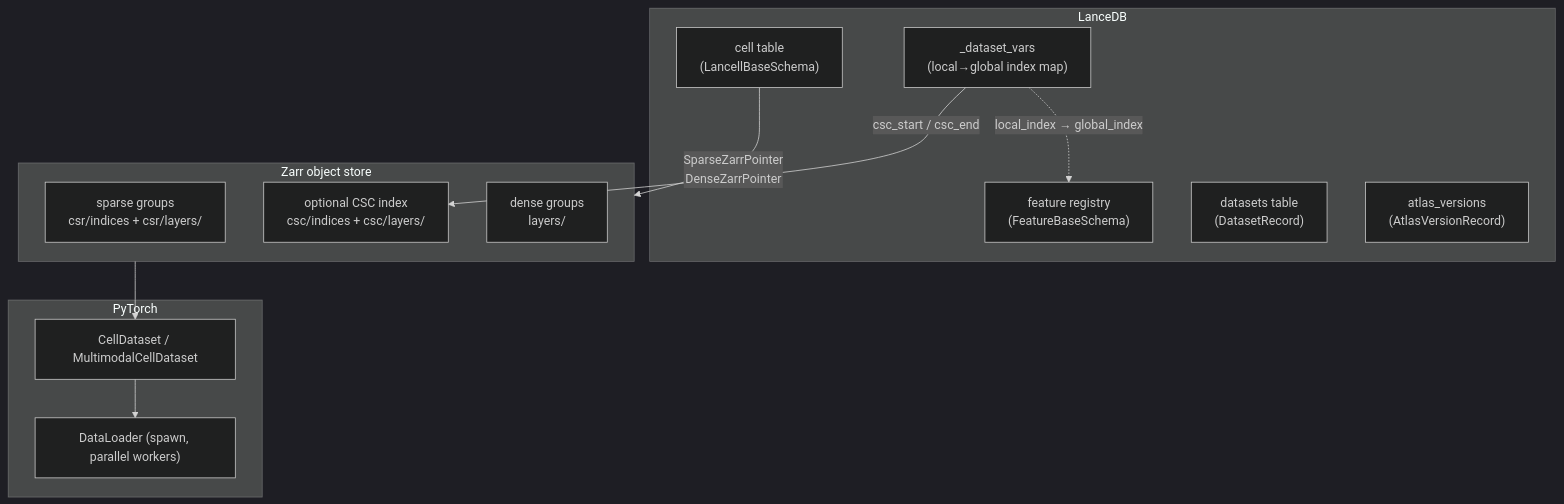
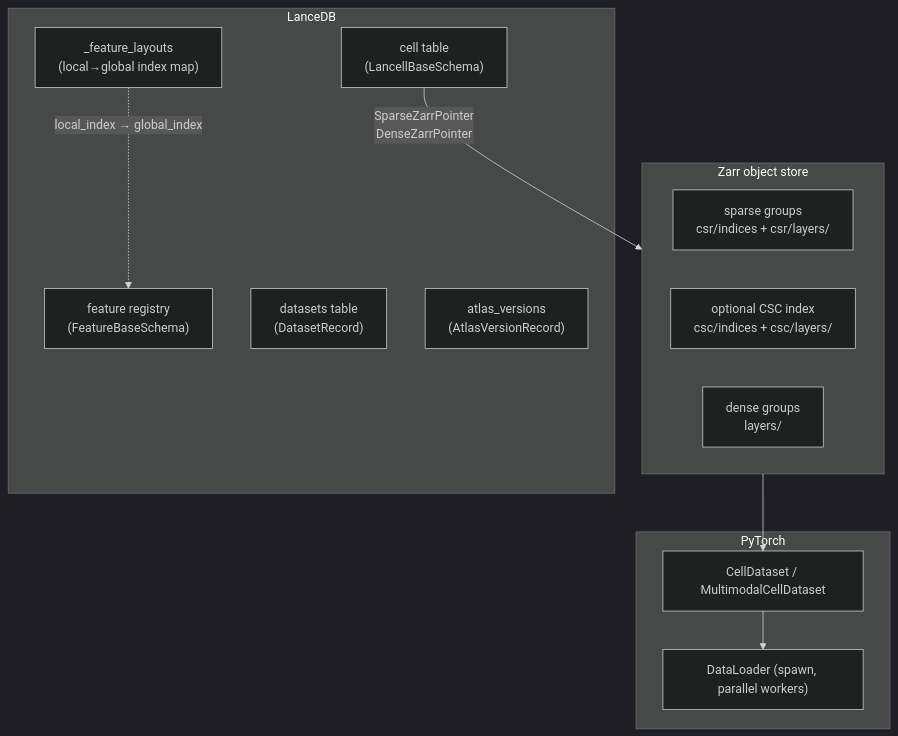
Before and after one commit to epiblastai/homeobox: the diagram in docs/index.md, drawn with Mermaid (dark theme). The commit also changed other lines of this file and 29 other files, not shown here.

````diff
--- a/docs/index.md
+++ b/docs/index.md
@@ -60,27 +60,26 @@
 ```mermaid
 graph TD
     subgraph LanceDB
         cells["cell table\n(LancellBaseSchema)"]
         registry["feature registry\n(FeatureBaseSchema)"]
-        dvars["_dataset_vars\n(local→global index map)"]
+        layouts["_feature_layouts\n(local→global index map)"]
         datasets["datasets table\n(DatasetRecord)"]
         versions["atlas_versions\n(AtlasVersionRecord)"]
     end
 
     subgraph Zarr["Zarr object store"]
         csr["sparse groups\ncsr/indices + csr/layers/"]
         csc["optional CSC index\ncsc/indices + csc/layers/"]
         dense["dense groups\nlayers/"]
     end
 
     subgraph PyTorch
         ds["CellDataset / MultimodalCellDataset"]
         loader["DataLoader (spawn, parallel workers)"]
     end
 
     cells -- "SparseZarrPointer\nDenseZarrPointer" --> Zarr
-    dvars -. "local_index → global_index" .-> registry
-    dvars -- "csc_start / csc_end" --> csc
+    layouts -. "local_index → global_index" .-> registry
     Zarr --> ds
     ds --> loader
 ```
````
